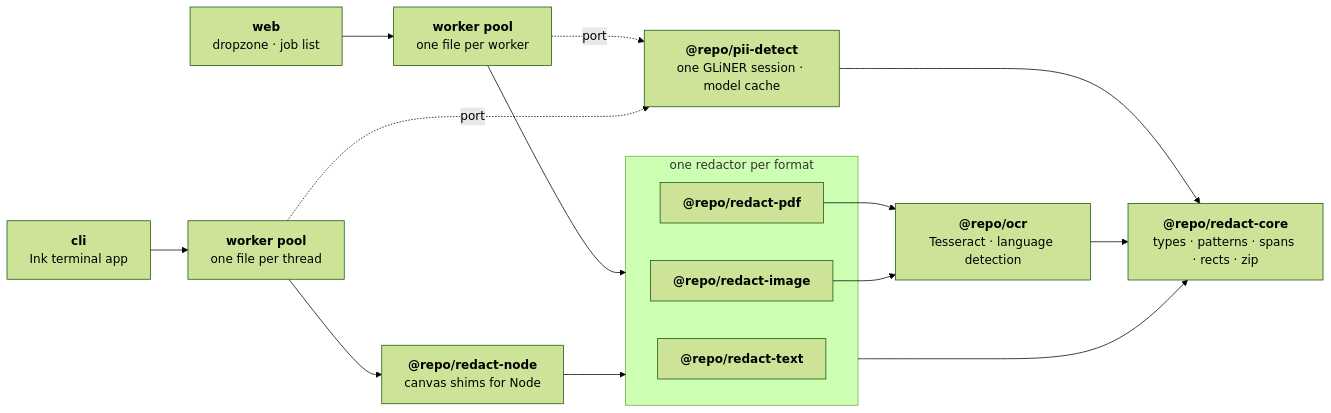
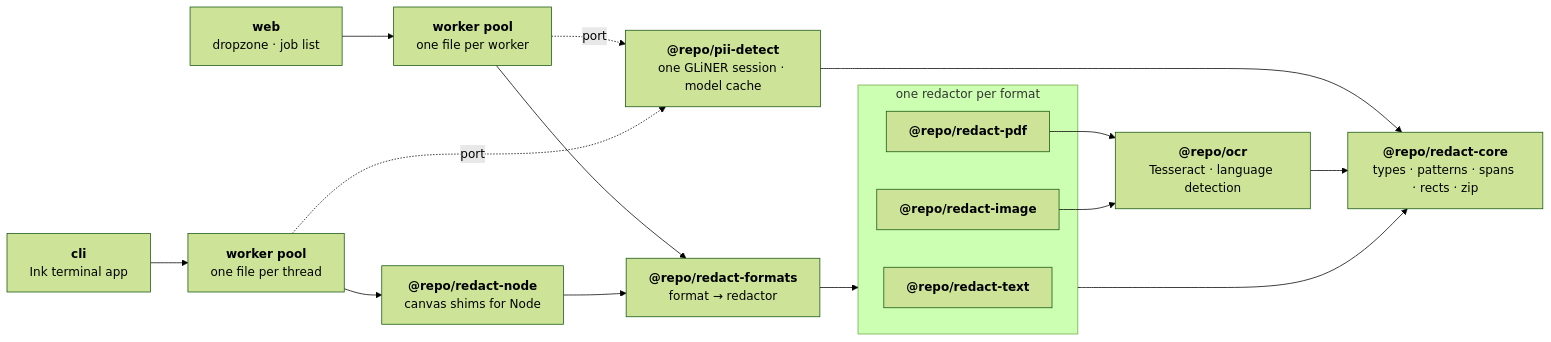
One commit to pedroapfilho/localveil changed the diagram in README.md. Above: the diagram before and after it, drawn with Mermaid (forest theme). The commit also changed other lines of this file and 46 other files, not shown here.

````diff
--- a/README.md
+++ b/README.md
@@ -167,25 +169,26 @@
 ```mermaid
 flowchart LR
   web["<b>web</b><br/>dropzone · job list"] --> pool["<b>worker pool</b><br/>one file per worker"]
   cli["<b>cli</b><br/>Ink terminal app"] --> threads["<b>worker pool</b><br/>one file per thread"]
   threads --> node["<b>@repo/redact-node</b><br/>canvas shims for Node"]
 
-  pool --> redactors
-  node --> redactors
+  pool --> formats["<b>@repo/redact-formats</b><br/>format → redactor"]
+  node --> formats
+  formats --> redactors
 
   subgraph redactors["one redactor per format"]
     text["<b>@repo/redact-text</b>"]
     pdf["<b>@repo/redact-pdf</b>"]
     image["<b>@repo/redact-image</b>"]
   end
 
   pool -. port .-> detect["<b>@repo/pii-detect</b><br/>one GLiNER session · model cache"]
   threads -. port .-> detect
 
   pdf --> ocr["<b>@repo/ocr</b><br/>Tesseract · language detection"]
   image --> ocr
 
   redactors --> core["<b>@repo/redact-core</b><br/>types · patterns · spans · rects · zip"]
   detect --> core
   ocr --> core
 ```
````
